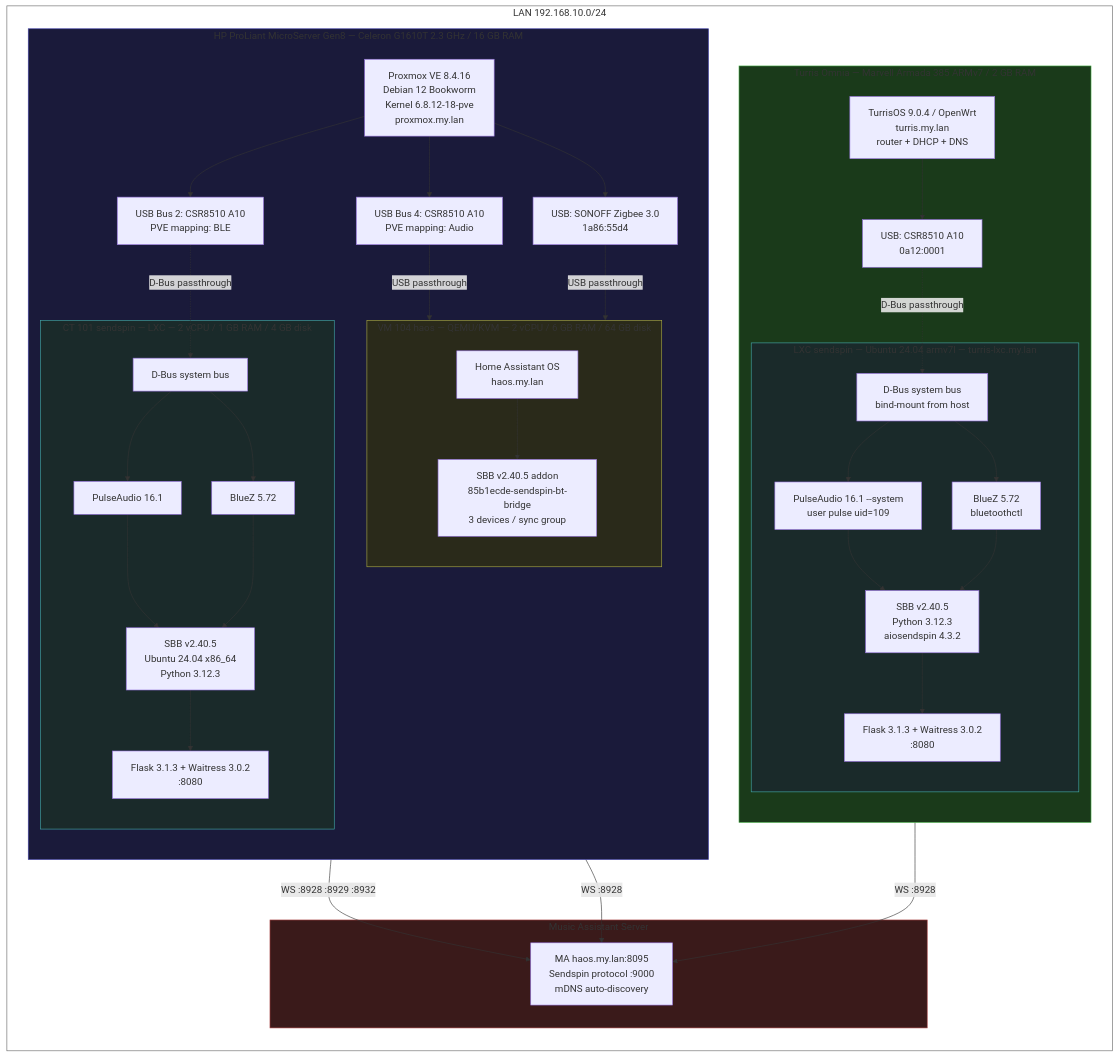
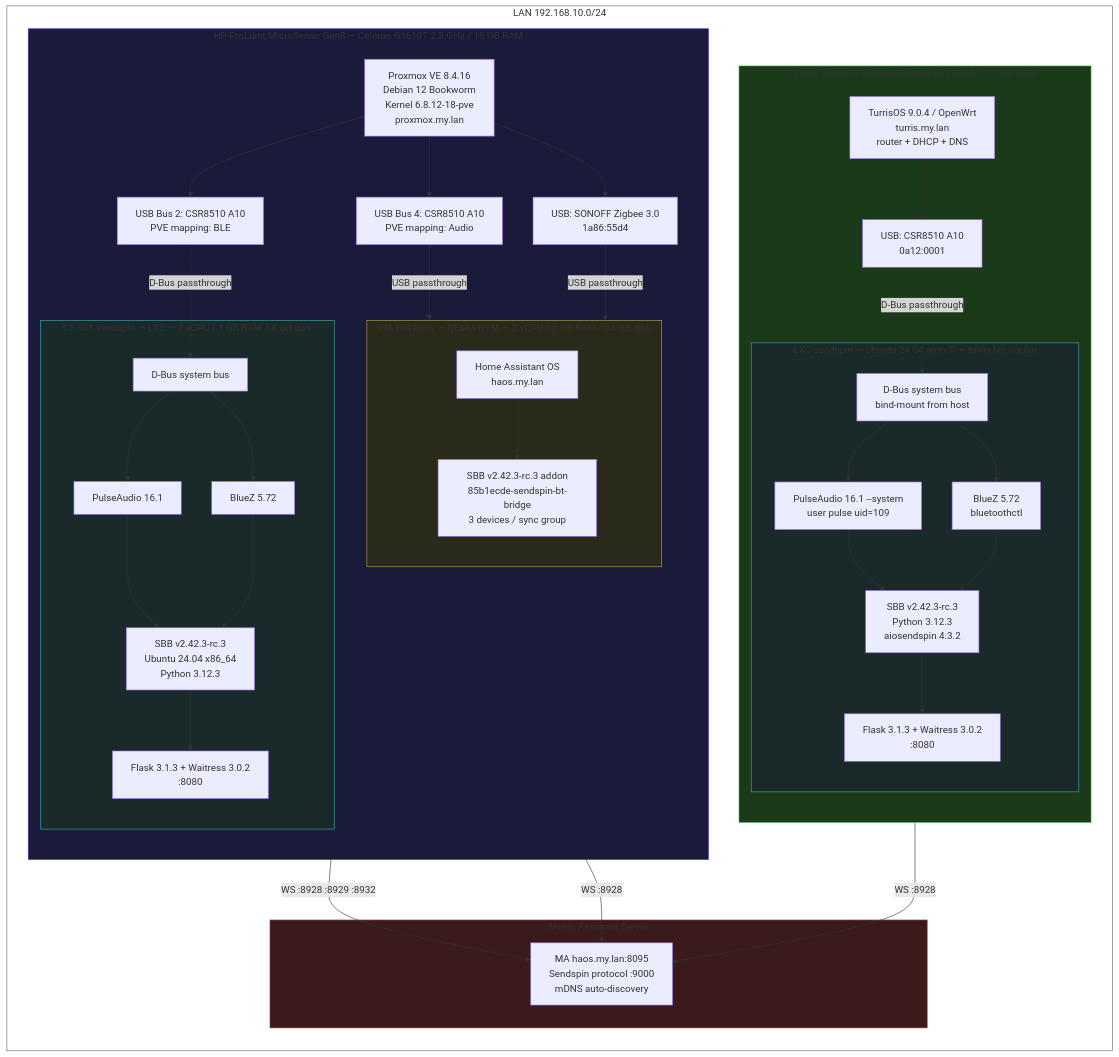
One commit to trudenboy/sendspin-bt-bridge changed the first of 3 diagrams in docs-site/src/content/docs/test-stand.md. Above: the diagram before and after it, drawn with Mermaid. The commit also changed other lines of this file and 33 other files, not shown here.

````diff
--- a/docs-site/src/content/docs/test-stand.md
+++ b/docs-site/src/content/docs/test-stand.md
@@ -12,76 +20,76 @@
 ```mermaid
 graph TB
     subgraph net["LAN 192.168.10.0/24"]
         direction TB
 
         subgraph turris["Turris Omnia — Marvell Armada 385 ARMv7 / 2 GB RAM"]
             direction TB
             T_HOST["TurrisOS 9.0.4 / OpenWrt<br/>turris.my.lan<br/>router + DHCP + DNS"]
             T_USB["USB: CSR8510 A10<br/>0a12:0001"]
             subgraph T_LXC["LXC sendspin — Ubuntu 24.04 armv7l — turris-lxc.my.lan"]
                 T_DBUS["D-Bus system bus<br/>bind-mount from host"]
                 T_PA["PulseAudio 16.1 --system<br/>user pulse uid=109"]
                 T_BLUEZ["BlueZ 5.72<br/>bluetoothctl"]
-                T_SBB["SBB v2.40.5<br/>Python 3.12.3<br/>aiosendspin 4.3.2"]
+                T_SBB["SBB v2.42.3-rc.3<br/>Python 3.12.3<br/>aiosendspin 4.3.2"]
                 T_WEB["Flask 3.1.3 + Waitress 3.0.2<br/>:8080"]
                 T_DBUS --> T_BLUEZ
                 T_DBUS --> T_PA
                 T_PA --> T_SBB
                 T_BLUEZ --> T_SBB
                 T_SBB --> T_WEB
             end
             T_HOST --> T_USB
             T_USB -.->|D-Bus passthrough| T_DBUS
         end
 
         subgraph proxmox["HP ProLiant MicroServer Gen8 — Celeron G1610T 2.3 GHz / 16 GB RAM"]
             direction TB
             P_HOST["Proxmox VE 8.4.16<br/>Debian 12 Bookworm<br/>Kernel 6.8.12-18-pve<br/>proxmox.my.lan"]
             P_USB1["USB Bus 4: CSR8510 A10<br/>PVE mapping: Audio"]
             P_USB2["USB Bus 2: CSR8510 A10<br/>PVE mapping: BLE"]
             P_ZIG["USB: SONOFF Zigbee 3.0<br/>1a86:55d4"]
 
             subgraph P_VM["VM 104 haos — QEMU/KVM — 2 vCPU / 6 GB RAM / 64 GB disk"]
                 P_HAOS["Home Assistant OS<br/>haos.my.lan"]
-                P_ADDON["SBB v2.40.5 addon<br/>85b1ecde-sendspin-bt-bridge<br/>3 devices / sync group"]
+                P_ADDON["SBB v2.42.3-rc.3 addon<br/>85b1ecde-sendspin-bt-bridge<br/>3 devices / sync group"]
                 P_HAOS --> P_ADDON
             end
 
             subgraph P_CT["CT 101 sendspin — LXC — 2 vCPU / 1 GB RAM / 4 GB disk"]
                 P_DBUS["D-Bus system bus"]
                 P_PA["PulseAudio 16.1"]
                 P_BLUEZ2["BlueZ 5.72"]
-                P_SBB["SBB v2.40.5<br/>Ubuntu 24.04 x86_64<br/>Python 3.12.3"]
+                P_SBB["SBB v2.42.3-rc.3<br/>Ubuntu 24.04 x86_64<br/>Python 3.12.3"]
                 P_WEB2["Flask 3.1.3 + Waitress 3.0.2<br/>:8080"]
                 P_DBUS --> P_BLUEZ2
                 P_DBUS --> P_PA
                 P_PA --> P_SBB
                 P_BLUEZ2 --> P_SBB
                 P_SBB --> P_WEB2
             end
 
             P_HOST --> P_USB1
             P_HOST --> P_USB2
             P_HOST --> P_ZIG
             P_USB1 -->|USB passthrough| P_VM
             P_USB2 -.->|D-Bus passthrough| P_DBUS
             P_ZIG -->|USB passthrough| P_VM
         end
 
         subgraph ma_box["Music Assistant Server"]
             MA["MA haos.my.lan:8095<br/>Sendspin protocol :9000<br/>mDNS auto-discovery"]
         end
     end
 
     P_ADDON -->|"WS :8928 :8929 :8932"| MA
     P_SBB -->|"WS :8928"| MA
     T_SBB -->|"WS :8928"| MA
 
     style net fill:none,stroke:#666
     style turris fill:#1a3a1a,stroke:#4a4
     style proxmox fill:#1a1a3a,stroke:#44a
     style ma_box fill:#3a1a1a,stroke:#a44
     style P_VM fill:#2a2a1a,stroke:#aa4
     style P_CT fill:#1a2a2a,stroke:#4aa
     style T_LXC fill:#1a2a2a,stroke:#4aa
 ```
````
